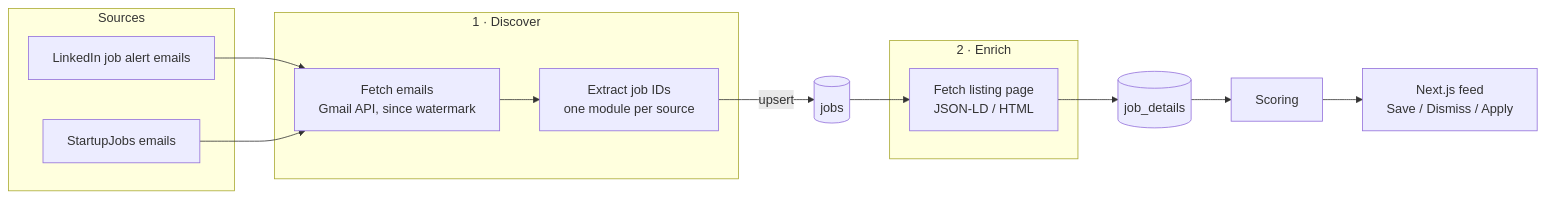
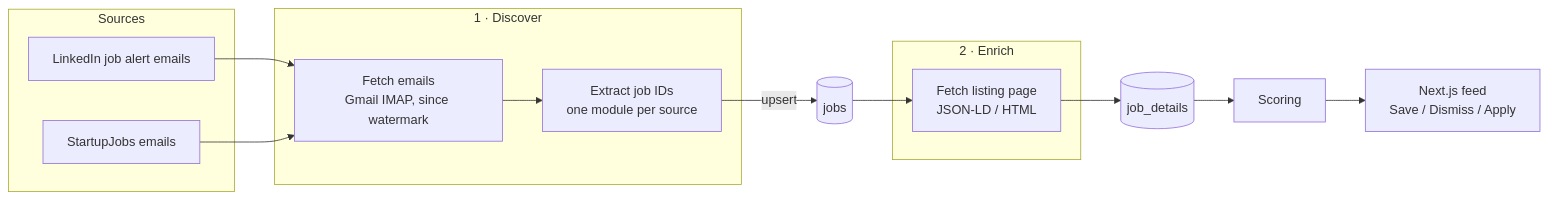
Before and after one commit to davidkopelent/job-hunter: the diagram in README.md, drawn with Mermaid. The commit also changed other lines of this file and 1 other file, not shown here.

Commit message:
Document IMAP setup, scoring and scheduled runs

````diff
--- a/README.md
+++ b/README.md
@@ -11,27 +11,27 @@
 ```mermaid
 flowchart LR
     subgraph Sources
         LI[LinkedIn job alert emails]
         SJ[StartupJobs emails]
     end
 
     subgraph Discover [1 · Discover]
-        F[Fetch emails<br/>Gmail API, since watermark]
+        F[Fetch emails<br/>Gmail IMAP, since watermark]
         P[Extract job IDs<br/>one module per source]
     end
 
     subgraph Enrich [2 · Enrich]
         E[Fetch listing page<br/>JSON-LD / HTML]
     end
 
     J[(jobs)]
     D[(job_details)]
     S[Scoring]
     UI[Next.js feed<br/>Save / Dismiss / Apply]
 
     LI --> F
     SJ --> F
     F --> P -->|upsert| J
     J --> E --> D
     D --> S --> UI
 ```
````
